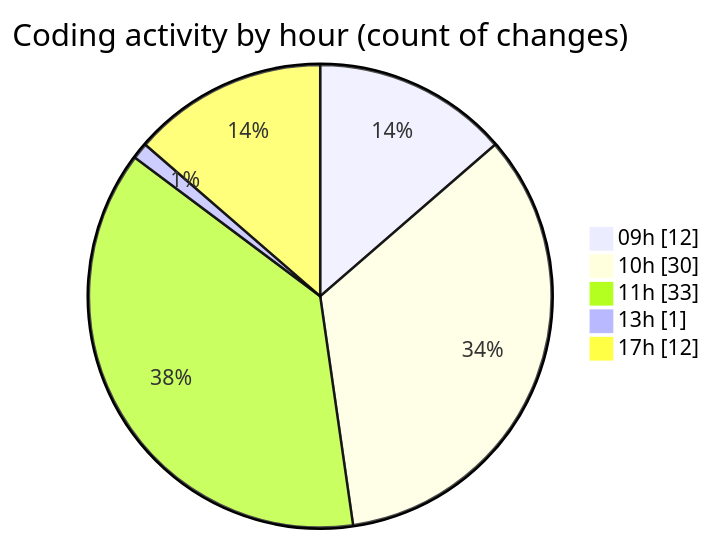
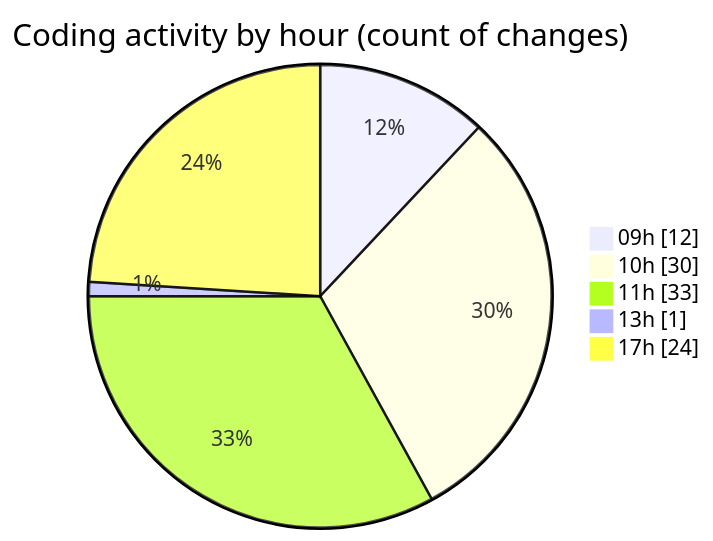
Before and after one commit to momahboobian/code-tracking: the second of 2 diagrams in 2025-02-06/cda/README.md, drawn with Mermaid. The commit also changed other lines of this file and 1 other file, not shown here.

````diff
--- a/2025-02-06/cda/README.md
+++ b/2025-02-06/cda/README.md
@@ -36,9 +37,9 @@
 ```mermaid
 pie showData
 title Coding activity by hour (count of changes)
 "09h" : 12
 "10h" : 30
 "11h" : 33
 "13h" : 1
-"17h" : 12
+"17h" : 24
 ```
````
